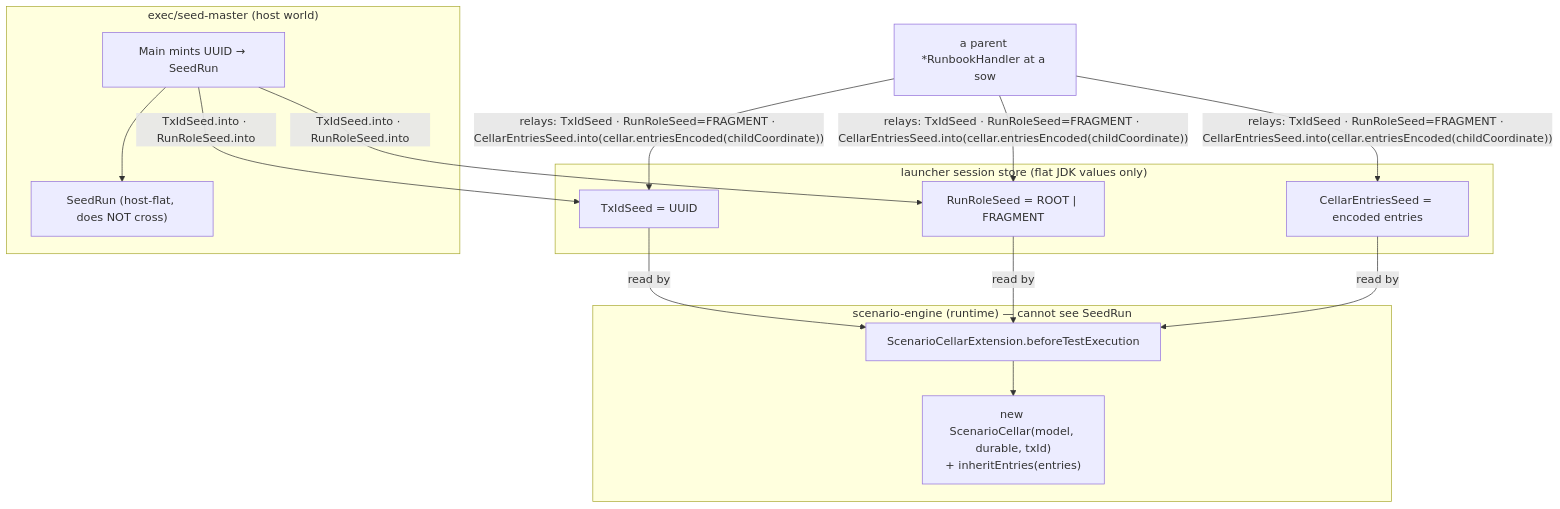
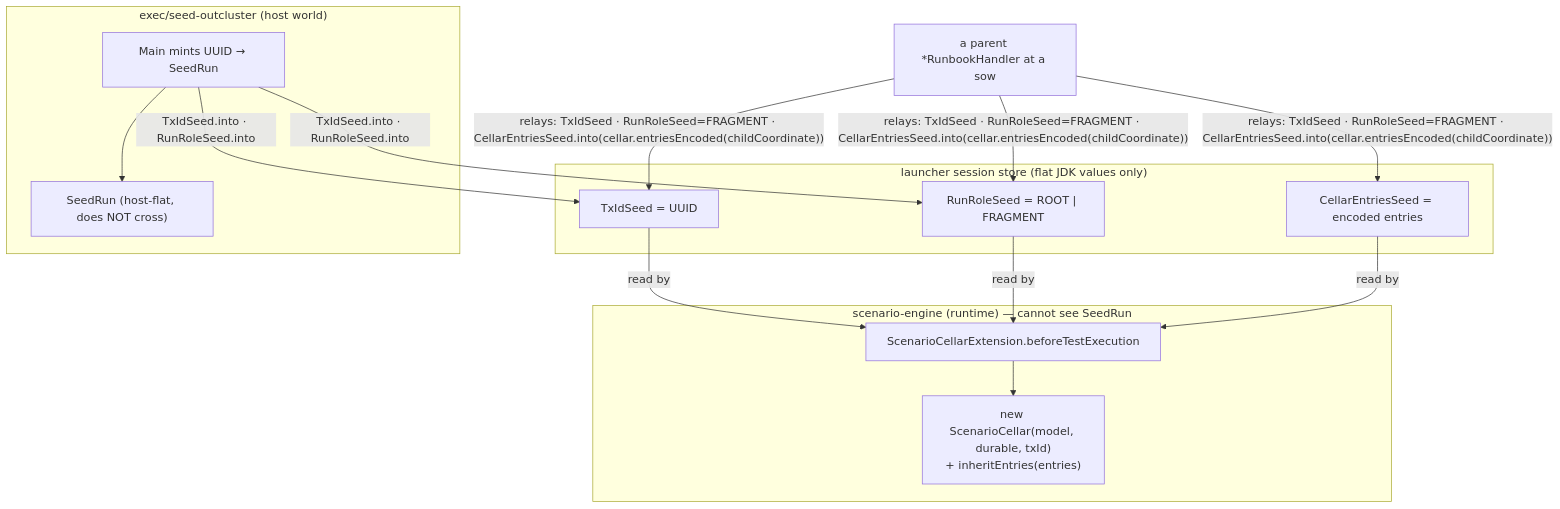
One commit to seedmatic/rke2lab changed diagram 13 of 18 in docs/architecture/osgi/seed-broker-spec.adoc. Above: the diagram before and after it, drawn with Mermaid. The commit also changed other lines of this file and 160 other files, not shown here.

First line of the commit message:
refactor(exec)!: `seed-master` → `seed-outcluster`, one axis for the whole chain

```diff
--- a/docs/architecture/osgi/seed-broker-spec.adoc
+++ b/docs/architecture/osgi/seed-broker-spec.adoc
@@ -1851,22 +1851,22 @@
 [mermaid]
 ....
 flowchart TB
-  subgraph host["exec/seed-master (host world)"]
+  subgraph host["exec/seed-outcluster (host world)"]
     main["Main mints UUID → SeedRun"]
     run["SeedRun (host-flat, does NOT cross)"]
     main --> run
   end
   subgraph store["launcher session store (flat JDK values only)"]
     tx["TxIdSeed = UUID"]
     role["RunRoleSeed = ROOT | FRAGMENT"]
     ws["CellarEntriesSeed = encoded entries"]
   end
   subgraph engine["scenario-engine (runtime) — cannot see SeedRun"]
     ext["ScenarioCellarExtension.beforeTestExecution"]
     cellar["new ScenarioCellar(model, durable, txId)<br/>+ inheritEntries(entries)"]
     ext --> cellar
   end
   main -->|"TxIdSeed.into · RunRoleSeed.into"| tx & role
   handler["a parent *RunbookHandler at a sow"] -->|"relays: TxIdSeed · RunRoleSeed=FRAGMENT · CellarEntriesSeed.into(cellar.entriesEncoded(childCoordinate))"| tx & role & ws
   tx & role & ws -->|"read by"| ext
 ....
```
